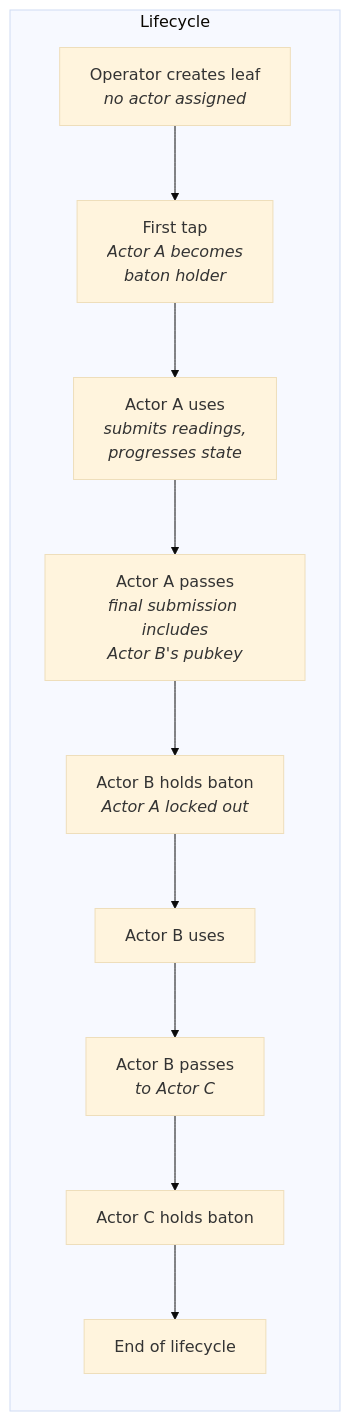
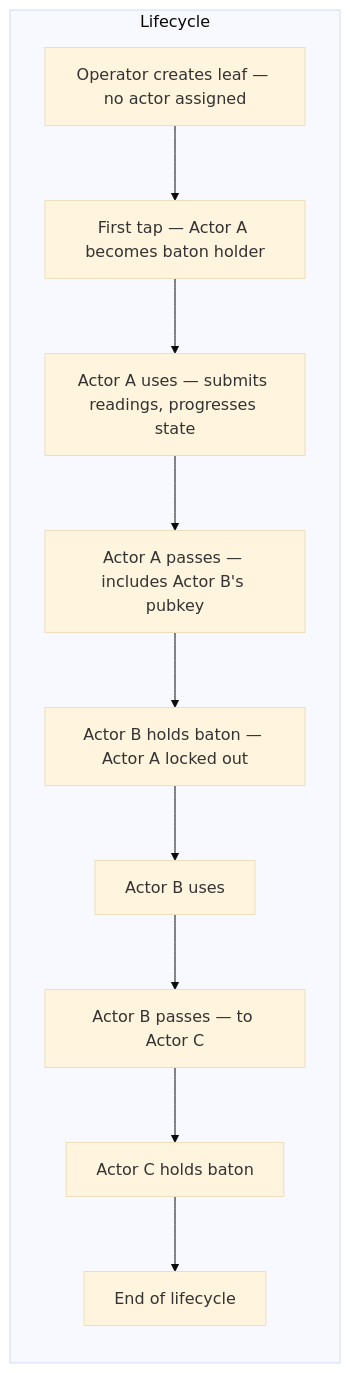
Diagram 15 of 19 in docs/framework/schema.md (lambdasistemi/cardano-for-regulators), drawn with Mermaid (base theme) before and after one commit. The commit also changed other lines of this file and 1 other file, not shown here.

First line of the commit message:
fix: replace HTML tags in mermaid node labels with plain text

````diff
--- a/docs/framework/schema.md
+++ b/docs/framework/schema.md
@@ -570,14 +570,14 @@
 ```mermaid
 graph LR
     subgraph Lifecycle
-        O[Operator creates leaf<br/><i>no actor assigned</i>]
-        O --> A1[First tap<br/><i>Actor A becomes<br/>baton holder</i>]
-        A1 --> U1[Actor A uses<br/><i>submits readings,<br/>progresses state</i>]
-        U1 --> P1[Actor A passes<br/><i>final submission includes<br/>Actor B's pubkey</i>]
-        P1 --> A2[Actor B holds baton<br/><i>Actor A locked out</i>]
+        O["Operator creates leaf — no actor assigned"]
+        O --> A1["First tap — Actor A becomes baton holder"]
+        A1 --> U1["Actor A uses — submits readings, progresses state"]
+        U1 --> P1["Actor A passes — includes Actor B's pubkey"]
+        P1 --> A2["Actor B holds baton — Actor A locked out"]
         A2 --> U2[Actor B uses]
-        U2 --> P2[Actor B passes<br/><i>to Actor C</i>]
+        U2 --> P2["Actor B passes — to Actor C"]
         P2 --> A3[Actor C holds baton]
         A3 --> END[End of lifecycle]
     end
 ```
````
